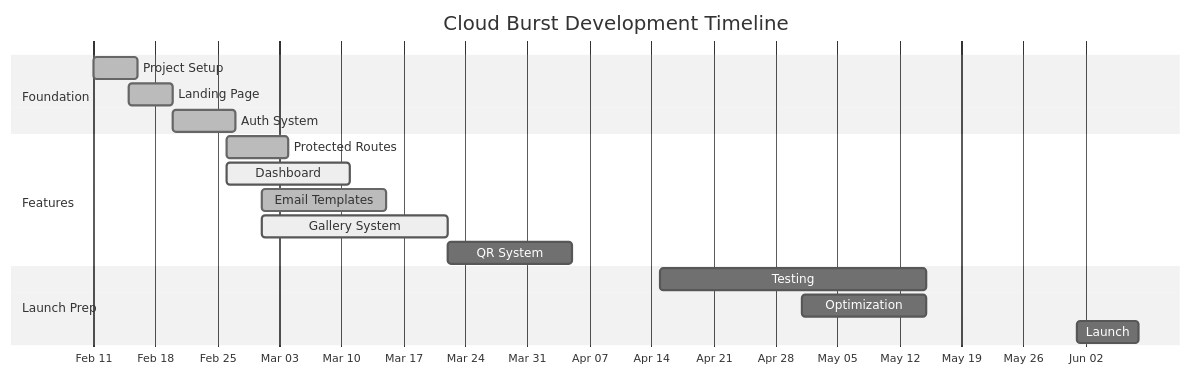
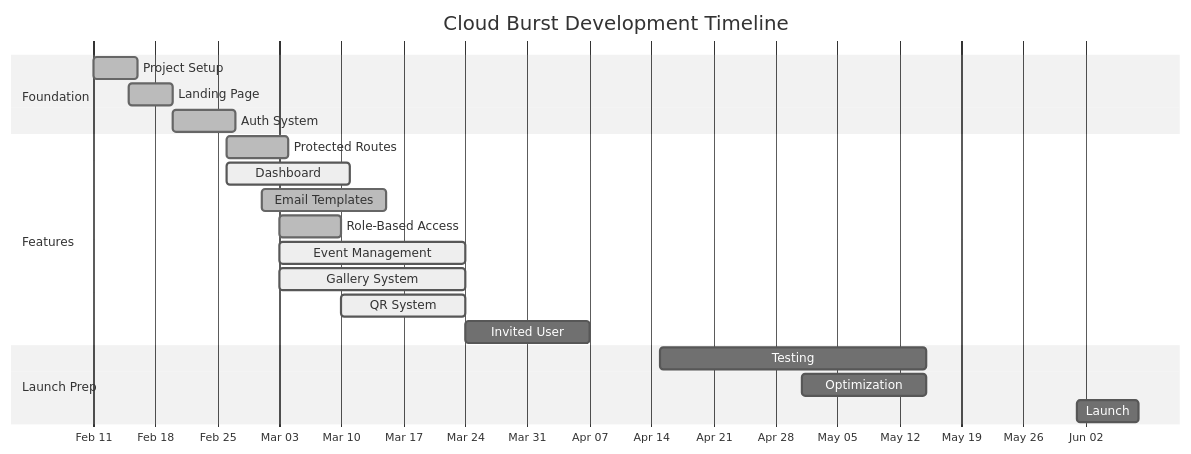
The second of 2 diagrams in docs/planning/roadmap.md (mrj0nesmtl/cloud-burst), drawn with Mermaid (neutral theme) before and after one commit. The commit also changed other lines of this file and 71 other files, not shown here.

````diff
--- a/docs/planning/roadmap.md
+++ b/docs/planning/roadmap.md
@@ -148,23 +181,26 @@
 ```mermaid
 gantt
     title Cloud Burst Development Timeline
     dateFormat  YYYY-MM-DD
     axisFormat %b %d
     
     section Foundation
     Project Setup      :done, f1, 2024-02-11, 5d
     Landing Page      :done, f2, 2024-02-15, 5d
     Auth System       :done, f3, 2024-02-20, 7d
     
     section Features
     Protected Routes  :done, r1, 2024-02-26, 7d
     Dashboard        :active, d1, 2024-02-26, 14d
     Email Templates  :done, e1, 2024-03-01, 14d
-    Gallery System   :active, g1, 2024-03-01, 21d
-    QR System       :q1, after g1, 14d
+    Role-Based Access :done, a1, 2024-03-03, 7d
+    Event Management :active, m1, 2024-03-03, 21d
+    Gallery System   :active, g1, 2024-03-03, 21d
+    QR System       :active, q1, 2024-03-10, 14d
+    Invited User    :i1, 2024-03-24, 14d
     
     section Launch Prep
     Testing         :t1, 2024-04-15, 30d
     Optimization    :o1, 2024-05-01, 14d
     Launch         :l1, 2024-06-01, 7d
 ```
````
